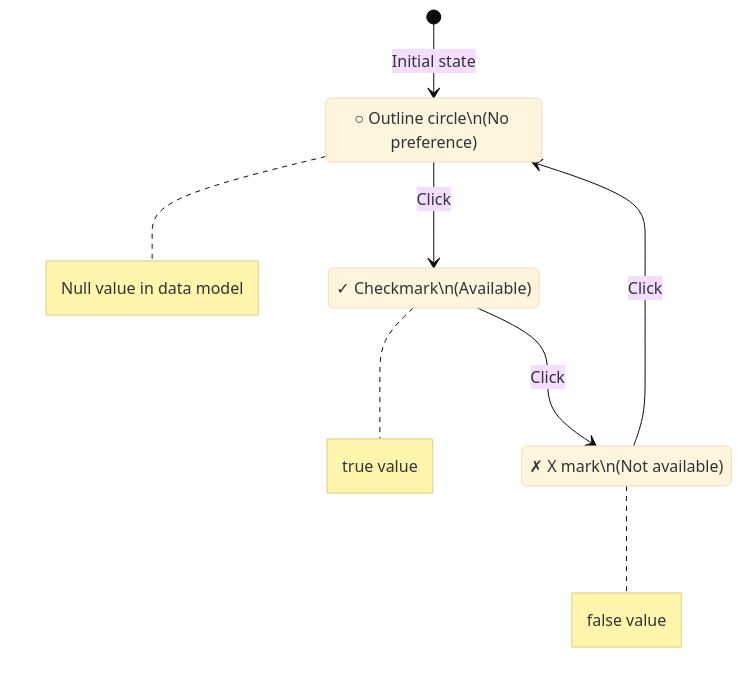
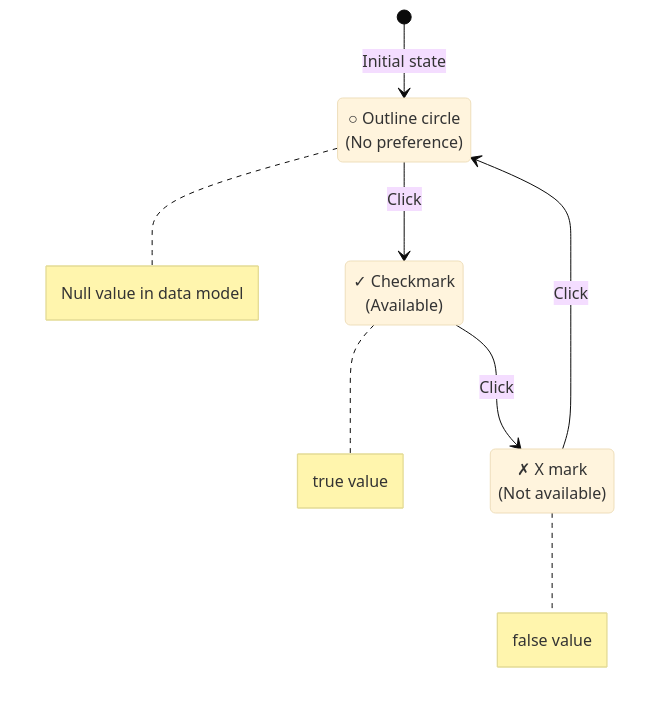
One commit to RaphaelBossek/BearStudio-start-ui-web changed the seventh of 12 diagrams in specs/wireframes/planning/workflows.md. Above: the diagram before and after it, drawn with Mermaid (base theme). The commit also changed other lines of this file and 14 other files, not shown here.

First line of the commit message:
fix(mermaid): replace \n with <br> for proper line breaks

````diff
--- a/specs/wireframes/planning/workflows.md
+++ b/specs/wireframes/planning/workflows.md
@@ -352,16 +352,16 @@
 ```mermaid
 stateDiagram-v2
     [*] --> Unset: Initial state
 
-    Unset: ○ Outline circle\n(No preference)
-    Available: ✓ Checkmark\n(Available)
-    Unavailable: ✗ X mark\n(Not available)
+    Unset: ○ Outline circle<br>(No preference)
+    Available: ✓ Checkmark<br>(Available)
+    Unavailable: ✗ X mark<br>(Not available)
 
     Unset --> Available: Click
     Available --> Unavailable: Click
     Unavailable --> Unset: Click
 
     note right of Unset: Null value in data model
     note right of Available: true value
     note right of Unavailable: false value
 ```
````
